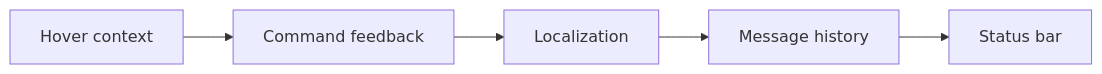
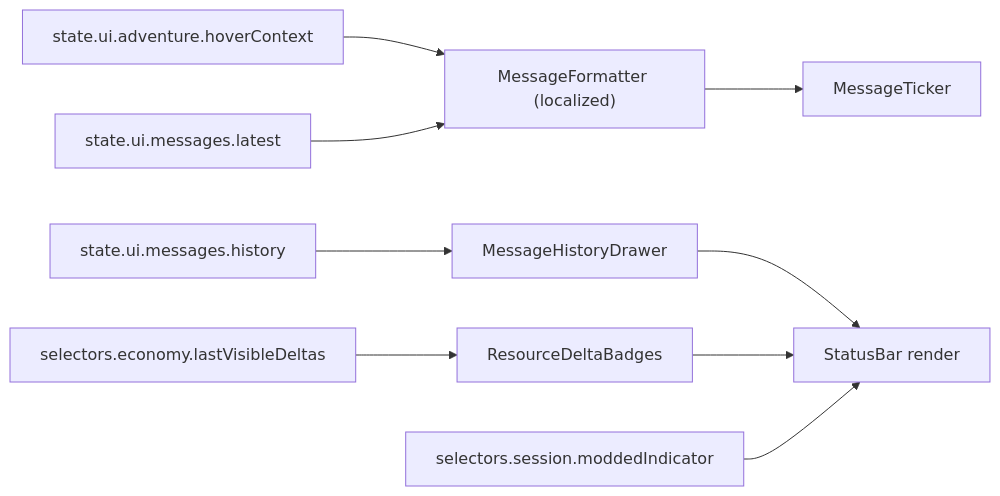
The second of 5 diagrams in docs/architecture/wiki/screens/19-status-bar/architecture.md (SunaNoOshiro/Heroes_Reforged_AI_Realms), drawn with Mermaid before and after one commit. The commit also changed other lines of this file and 518 other files, not shown here.

First line of the commit message:
Add doc-audit skill and sweep architecture/screen docs

````diff
--- a/docs/architecture/wiki/screens/19-status-bar/architecture.md
+++ b/docs/architecture/wiki/screens/19-status-bar/architecture.md
@@ -30,8 +29,11 @@
 ```mermaid
 flowchart LR
-  L0["Hover context"] --> L1
-  L1["Command feedback"] --> L2
-  L2["Localization"] --> L3
-  L3["Message history"] --> L4
-  L4["Status bar"]
+  Hover["state.ui.adventure.hoverContext"] --> Format
+  Latest["state.ui.messages.latest"] --> Format["MessageFormatter (localized)"]
+  History["state.ui.messages.history"] --> Drawer
+  Deltas["selectors.economy.lastVisibleDeltas"] --> Badges
+  Format --> Ticker["MessageTicker"]
+  Drawer["MessageHistoryDrawer"] --> View
+  Badges["ResourceDeltaBadges"] --> View
+  Modded["selectors.session.moddedIndicator"] --> View["StatusBar render"]
 ```
````
